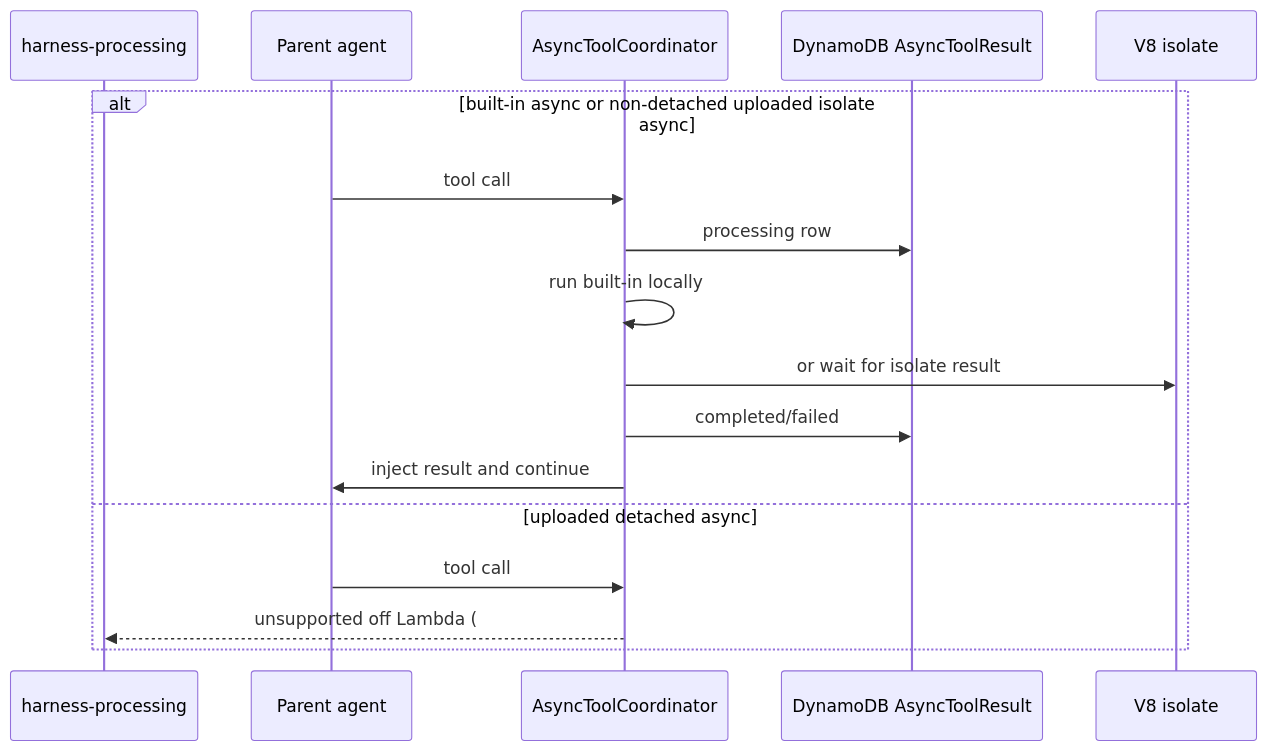
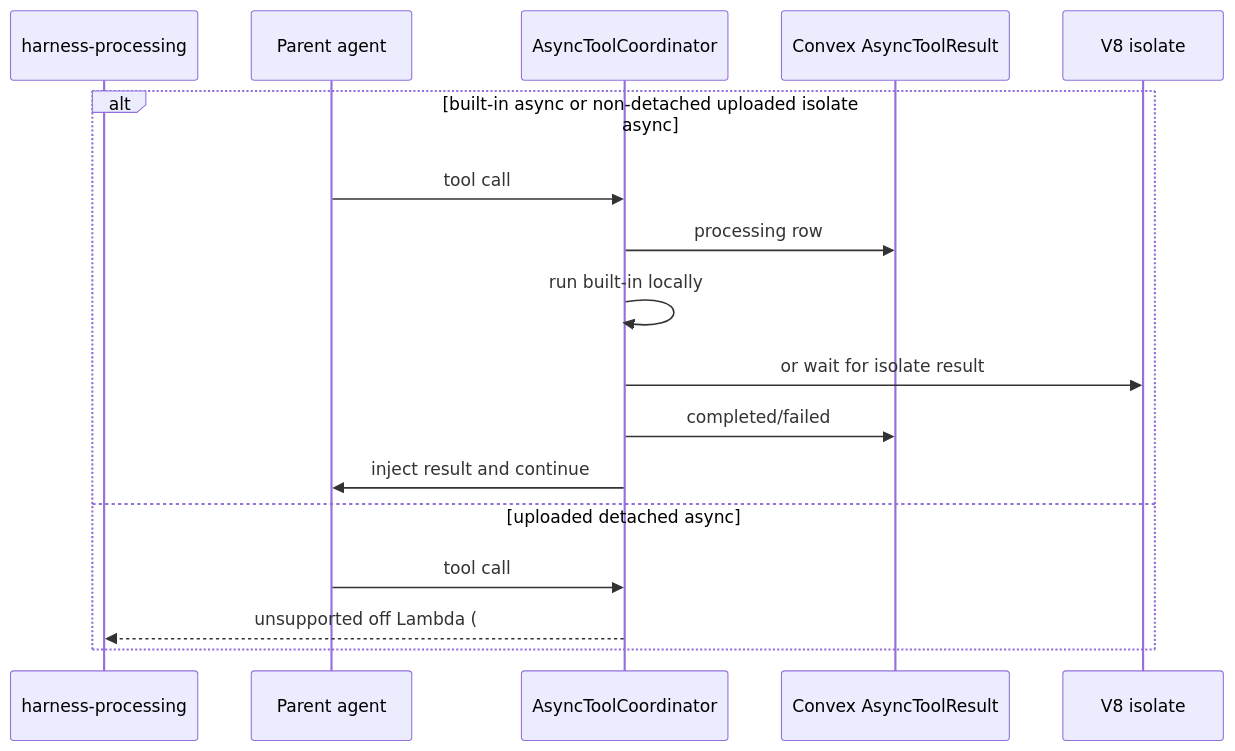
The third of 3 diagrams in apps/docs/docs/tools.md (beeblastco/broods), drawn with Mermaid before and after one commit. The commit also changed 77 other files, not shown here.

````diff
--- a/apps/docs/docs/tools.md
+++ b/apps/docs/docs/tools.md
@@ -111,20 +111,20 @@
 ```mermaid
 sequenceDiagram
   participant H as harness-processing
   participant P as Parent agent
   participant C as AsyncToolCoordinator
-  participant D as DynamoDB AsyncToolResult
+  participant D as Convex AsyncToolResult
   participant I as V8 isolate
 
   alt built-in async or non-detached uploaded isolate async
     P->>C: tool call
     C->>D: processing row
     C->>C: run built-in locally
     C->>I: or wait for isolate result
     C->>D: completed/failed
     C->>P: inject result and continue
   else uploaded detached async
     P->>C: tool call
     C-->>H: unsupported off Lambda (#82)
   end
 ```
````
